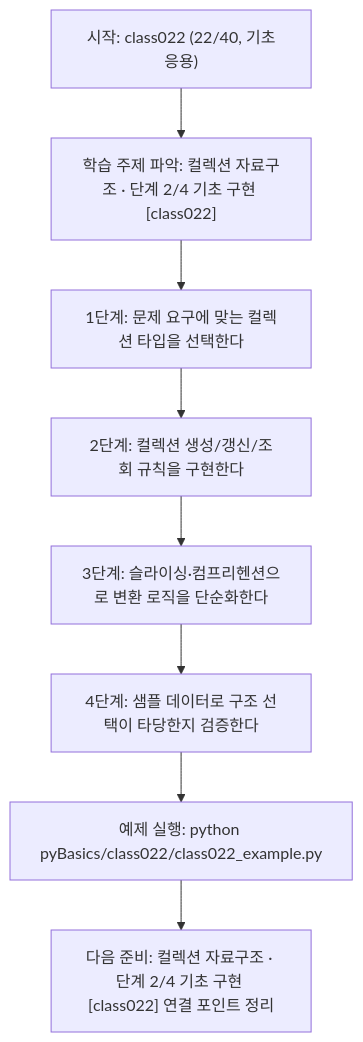
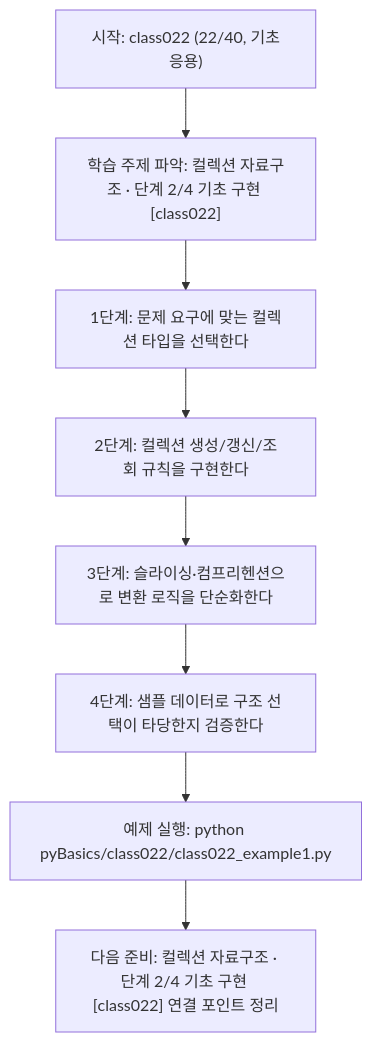
The diagram in pyBasics/class022/class022.md (edumgt/Python-AI_Agent-Class), drawn with Mermaid before and after one commit. The commit also changed other lines of this file and 2959 other files, not shown here.

````diff
--- a/pyBasics/class022/class022.md
+++ b/pyBasics/class022/class022.md
@@ -109,18 +109,18 @@
 ```mermaid
 flowchart TD
 N1["시작: class022 (22/40, 기초응용)"]
 N2["학습 주제 파악: 컬렉션 자료구조 · 단계 2/4 기초 구현 [class022]"]
 N3["1단계: 문제 요구에 맞는 컬렉션 타입을 선택한다"]
 N4["2단계: 컬렉션 생성/갱신/조회 규칙을 구현한다"]
 N5["3단계: 슬라이싱·컴프리헨션으로 변환 로직을 단순화한다"]
 N6["4단계: 샘플 데이터로 구조 선택이 타당한지 검증한다"]
-N7["예제 실행: python pyBasics/class022/class022_example.py"]
+N7["예제 실행: python pyBasics/class022/class022_example1.py"]
 N8["다음 준비: 컬렉션 자료구조 · 단계 2/4 기초 구현 [class022] 연결 포인트 정리"]
 N1 --> N2
 N2 --> N3
 N3 --> N4
 N4 --> N5
 N5 --> N6
 N6 --> N7
 N7 --> N8
 ```
````
